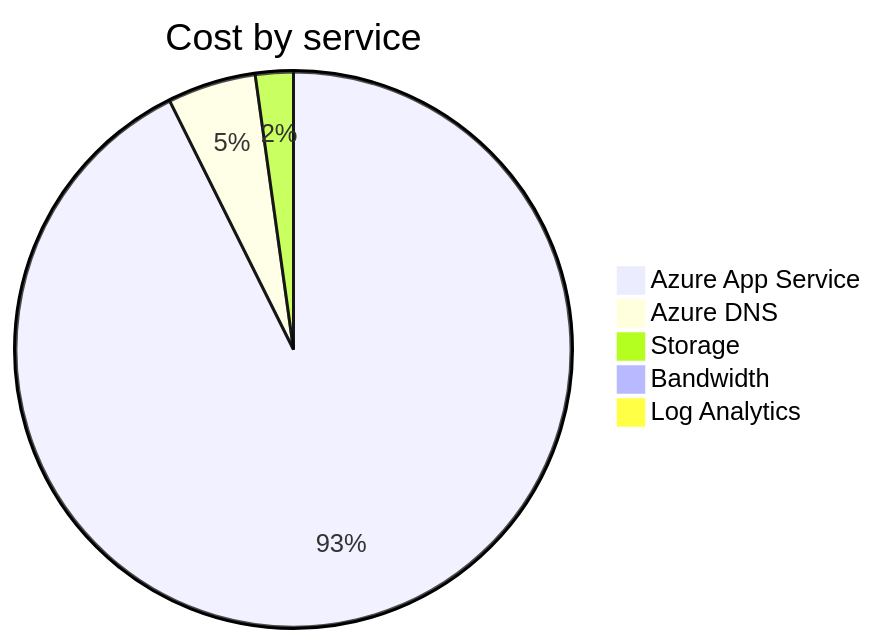
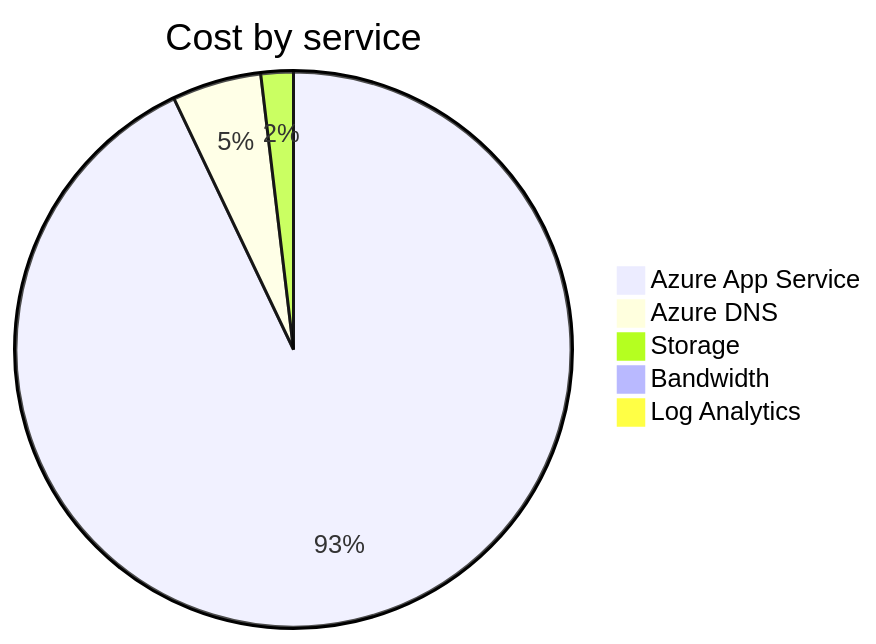
The second of 4 diagrams in cost-reports/accumulated-cost.md (jpfulton/azure-personal-reports), drawn with Mermaid before and after one commit. The commit also changed other lines of this file and 4 other files, not shown here.

````diff
--- a/cost-reports/accumulated-cost.md
+++ b/cost-reports/accumulated-cost.md
@@ -97,9 +97,9 @@
 ```mermaid
 pie
    title Cost by service
-   "Azure App Service" : 1.26
-   "Azure DNS" : 0.07
-   "Storage" : 0.03
+   "Azure App Service" : 1.97
+   "Azure DNS" : 0.11
+   "Storage" : 0.04
    "Bandwidth" : 0.00
    "Log Analytics" : 0.00
 ```
````
